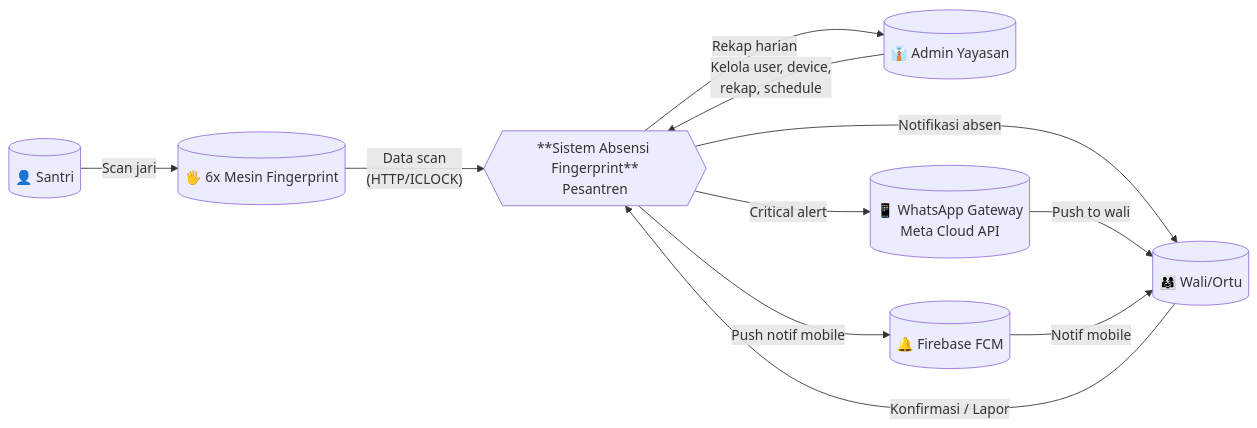
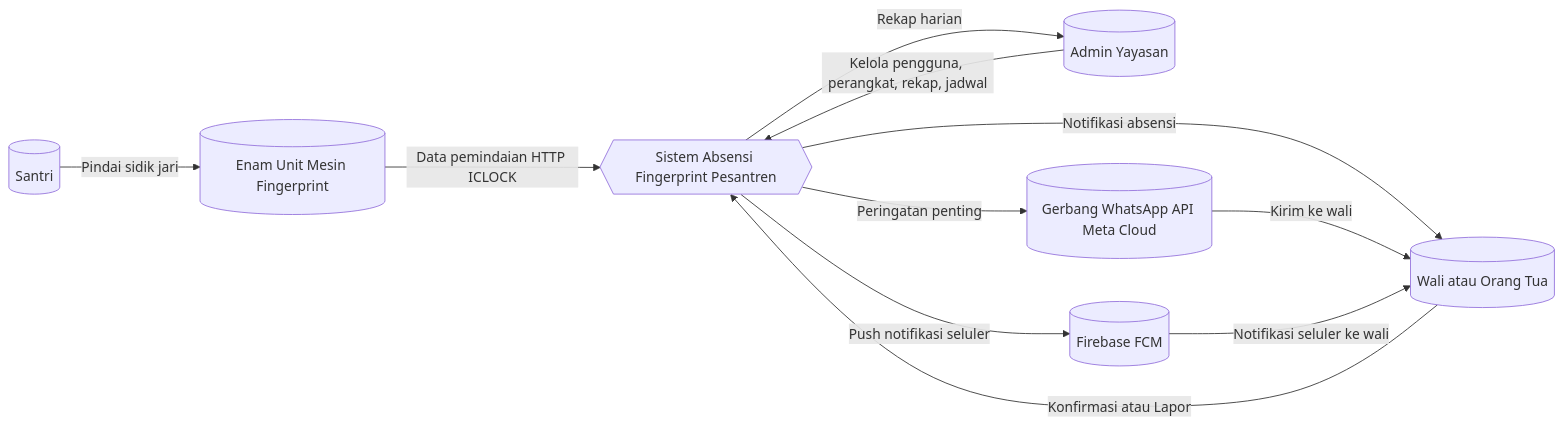
The first of 6 diagrams in 20-Projects/01-absensi-finger/02-SYSTEM-DIAGRAMS.md (RaiKanaeru/ai-agents-vault), drawn with Mermaid before and after one commit. The commit also changed other lines of this file and 41 other files, not shown here.

````diff
--- a/20-Projects/01-absensi-finger/02-SYSTEM-DIAGRAMS.md
+++ b/20-Projects/01-absensi-finger/02-SYSTEM-DIAGRAMS.md
@@ -29,23 +29,23 @@
 ```mermaid
 flowchart LR
-    Santri[("👤 Santri")]
-    FP[("🖐️ 6x Mesin Fingerprint")]
-    Parent[("👨‍👩‍👧 Wali/Ortu")]
-    Admin[("👔 Admin Yayasan")]
+    Santri[("Santri")]
+    FP[("Enam Unit Mesin Fingerprint")]
+    Wali[("Wali atau Orang Tua")]
+    Admin[("Admin Yayasan")]
 
-    System{{"**Sistem Absensi Fingerprint**<br/>Pesantren"}}
+    System{{"Sistem Absensi Fingerprint Pesantren"}}
 
-    WA[("📱 WhatsApp Gateway<br/>Meta Cloud API")]
-    FCM[("🔔 Firebase FCM")]
+    WA[("Gerbang WhatsApp API Meta Cloud")]
+    FCM[("Firebase FCM")]
 
-    Santri -->|Scan jari| FP
-    FP -->|"Data scan<br/>(HTTP/ICLOCK)"| System
-    System -->|"Notifikasi absen"| Parent
-    System -->|"Critical alert"| WA
-    WA -->|"Push to wali"| Parent
-    System -->|"Push notif mobile"| FCM
-    FCM -->|"Notif mobile"| Parent
-    Parent -->|"Konfirmasi / Lapor"| System
-    Admin -->|"Kelola user, device,<br/>rekap, schedule"| System
+    Santri -->|Pindai sidik jari| FP
+    FP -->|"Data pemindaian HTTP ICLOCK"| System
+    System -->|"Notifikasi absensi"| Wali
+    System -->|"Peringatan penting"| WA
+    WA -->|"Kirim ke wali"| Wali
+    System -->|"Push notifikasi seluler"| FCM
+    FCM -->|"Notifikasi seluler ke wali"| Wali
+    Wali -->|"Konfirmasi atau Lapor"| System
+    Admin -->|"Kelola pengguna, perangkat, rekap, jadwal"| System
     System -->|"Rekap harian"| Admin
 ```
````
